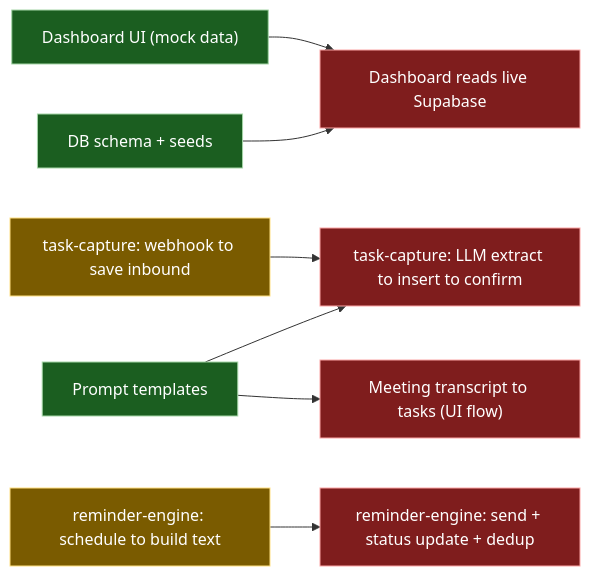
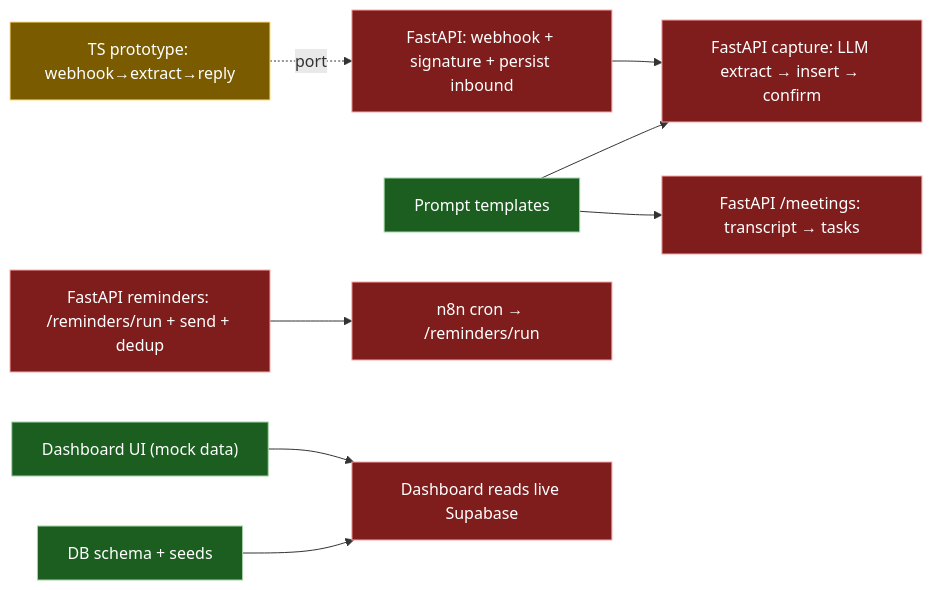
The fourth of 4 diagrams in docs/architecture/overview.md (MateoBarbato/auto-mode-on), drawn with Mermaid before and after one commit. The commit also changed other lines of this file and 7 other files, not shown here.

First line of the commit message:
docs: pivot architecture to programmatic FastAPI pipeline (n8n scheduler-only)

````diff
--- a/docs/architecture/overview.md
+++ b/docs/architecture/overview.md
@@ -183,23 +204,25 @@
 ```mermaid
 flowchart LR
   classDef done fill:#1b5e20,stroke:#a5d6a7,color:#fff;
   classDef partial fill:#7a5b00,stroke:#ffe082,color:#fff;
   classDef todo fill:#7f1d1d,stroke:#fca5a5,color:#fff;
 
   A["DB schema + seeds"]:::done
   B["Prompt templates"]:::done
   C["Dashboard UI (mock data)"]:::done
-  D["task-capture: webhook to save inbound"]:::partial
-  E["task-capture: LLM extract to insert to confirm"]:::todo
-  F["reminder-engine: schedule to build text"]:::partial
-  G["reminder-engine: send + status update + dedup"]:::todo
+  P["TS prototype: webhook→extract→reply"]:::partial
+  D["FastAPI: webhook + signature + persist inbound"]:::todo
+  E["FastAPI capture: LLM extract → insert → confirm"]:::todo
+  G["FastAPI reminders: /reminders/run + send + dedup"]:::todo
+  N["n8n cron → /reminders/run"]:::todo
   H["Dashboard reads live Supabase"]:::todo
-  I["Meeting transcript to tasks (UI flow)"]:::todo
+  I["FastAPI /meetings: transcript → tasks"]:::todo
 
+  P -. port .-> D
   A --> H
   C --> H
   B --> E
   D --> E
-  F --> G
+  G --> N
   B --> I
 ```
````
